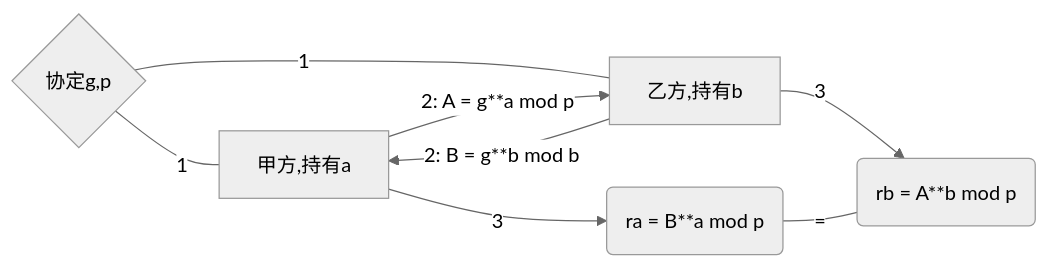
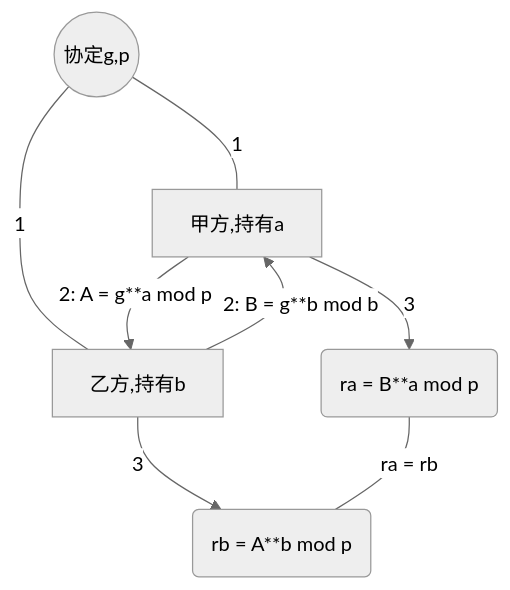
Before and after one commit to adoontheway/adobeattheworld.github.com: the diagram in source/_posts/cryptodh.md, drawn with Mermaid (neutral theme). The commit also changed 2 other files, not shown here.

````diff
--- a/source/_posts/cryptodh.md
+++ b/source/_posts/cryptodh.md
@@ -20,16 +20,16 @@
 ```mermaid
-graph LR
+graph TD
 	A[甲方,持有a]
 	B[乙方,持有b]
 	C ---|1| A
 	C ---|1| B
 	ResA(ra = B**a mod p)
 	ResB(rb = A**b mod p)
-	C{协定g,p}
+	C((协定g,p))
 	A -->|2: A = g**a mod p | B
 	B -->|2: B = g**b mod b | A
 	A -->| 3 | ResA
 	B -->| 3 | ResB
-	ResA ---| = | ResB
+	ResA ---| ra = rb | ResB
 	
 ```
````
